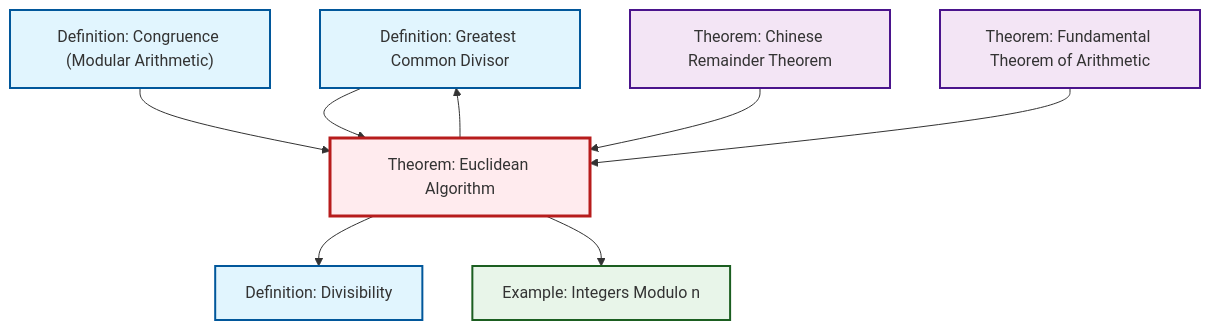
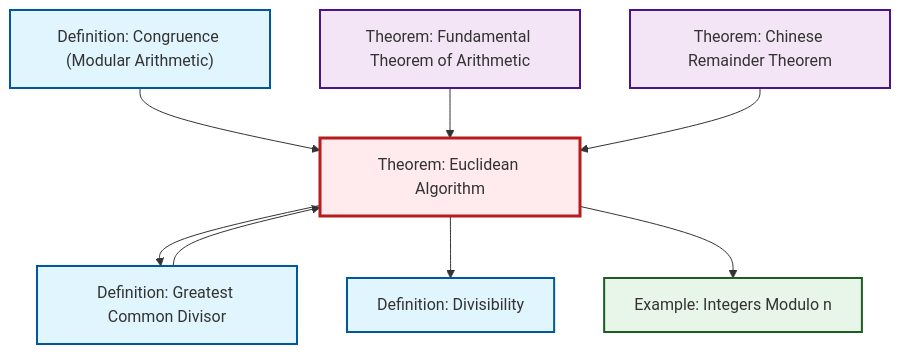
Before and after one commit to RK0429/ModernMath: the second of 2 diagrams in content/en/number-theory/thm-euclidean-algorithm.qmd, drawn with Mermaid. The commit also changed other lines of this file and 672 other files, not shown here.

````diff
--- a/content/en/number-theory/thm-euclidean-algorithm.qmd
+++ b/content/en/number-theory/thm-euclidean-algorithm.qmd
@@ -95,30 +95,30 @@
 ```{mermaid}
 %%| fig-cap: "Local dependency graph"
 graph TD
     classDef definition fill:#e1f5fe,stroke:#01579b,stroke-width:2px
     classDef theorem fill:#f3e5f5,stroke:#4a148c,stroke-width:2px
     classDef axiom fill:#fff3e0,stroke:#e65100,stroke-width:2px
     classDef example fill:#e8f5e9,stroke:#1b5e20,stroke-width:2px
     classDef current fill:#ffebee,stroke:#b71c1c,stroke-width:3px
+    thm-euclidean-algorithm["Theorem: Euclidean Algorithm"]:::theorem
+    thm-fundamental-arithmetic["Theorem: Fundamental Theorem of Arithmetic"]:::theorem
+    ex-quotient-integers-mod-n["Example: Integers Modulo n"]:::example
+    def-congruence["Definition: Congruence (Modular Arithmetic)"]:::definition
     def-gcd["Definition: Greatest Common Divisor"]:::definition
     thm-chinese-remainder["Theorem: Chinese Remainder Theorem"]:::theorem
-    def-congruence["Definition: Congruence (Modular Arithmetic)"]:::definition
-    thm-fundamental-arithmetic["Theorem: Fundamental Theorem of Arithmetic"]:::theorem
-    thm-euclidean-algorithm["Theorem: Euclidean Algorithm"]:::theorem
     def-divisibility["Definition: Divisibility"]:::definition
-    ex-quotient-integers-mod-n["Example: Integers Modulo n"]:::example
+    thm-euclidean-algorithm --> def-gcd
+    thm-euclidean-algorithm --> def-divisibility
+    def-congruence --> thm-euclidean-algorithm
     def-gcd --> thm-euclidean-algorithm
-    thm-euclidean-algorithm --> def-gcd
-    def-congruence --> thm-euclidean-algorithm
-    thm-euclidean-algorithm --> def-divisibility
+    thm-fundamental-arithmetic --> thm-euclidean-algorithm
+    thm-chinese-remainder --> thm-euclidean-algorithm
     thm-euclidean-algorithm --> ex-quotient-integers-mod-n
-    thm-chinese-remainder --> thm-euclidean-algorithm
-    thm-fundamental-arithmetic --> thm-euclidean-algorithm
     class thm-euclidean-algorithm current
+    click thm-fundamental-arithmetic "thm-fundamental-arithmetic.html" "Go to Fundamental Theorem of Arithmetic theorem"
+    click ex-quotient-integers-mod-n "ex-quotient-integers-mod-n.html" "Go to Integers Modulo n example"
+    click def-congruence "def-congruence.html" "Go to Congruence (Modular Arithmetic) definition"
     click def-gcd "def-gcd.html" "Go to Greatest Common Divisor definition"
     click thm-chinese-remainder "thm-chinese-remainder.html" "Go to Chinese Remainder Theorem theorem"
-    click def-congruence "def-congruence.html" "Go to Congruence (Modular Arithmetic) definition"
-    click thm-fundamental-arithmetic "thm-fundamental-arithmetic.html" "Go to Fundamental Theorem of Arithmetic theorem"
     click def-divisibility "def-divisibility.html" "Go to Divisibility definition"
-    click ex-quotient-integers-mod-n "ex-quotient-integers-mod-n.html" "Go to Integers Modulo n example"
 ```
````
